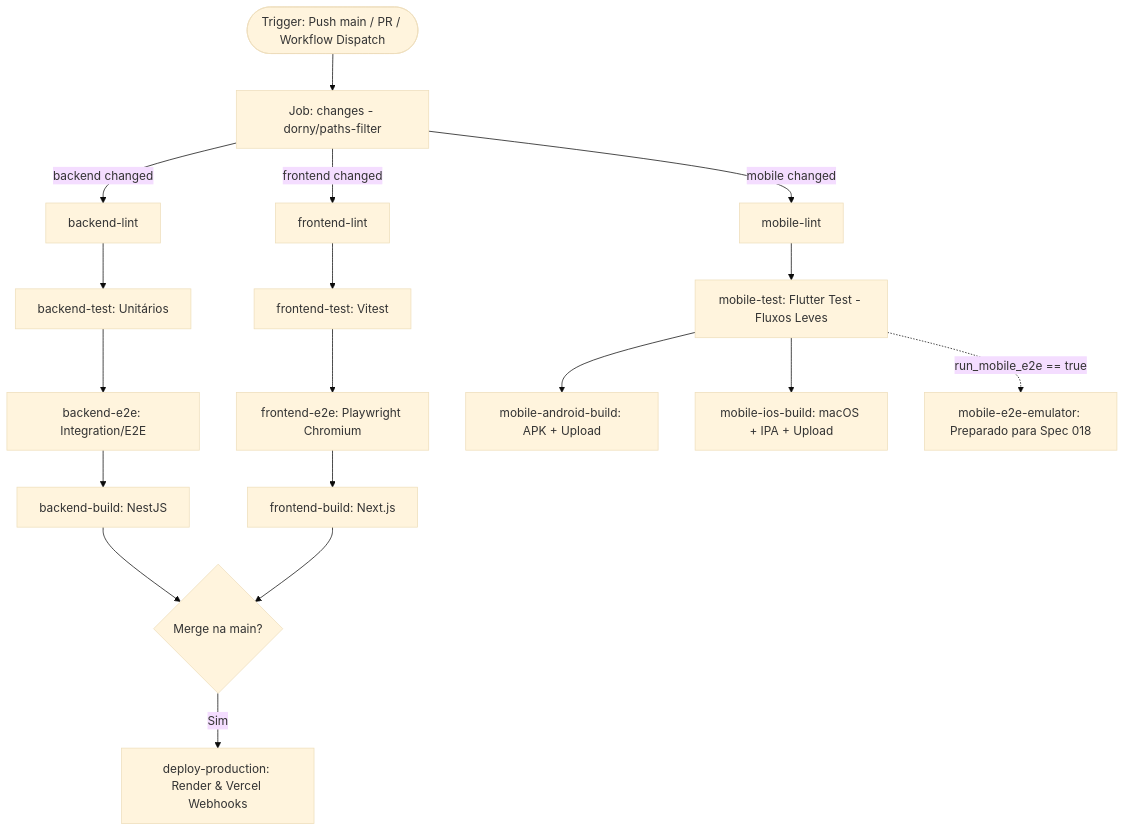
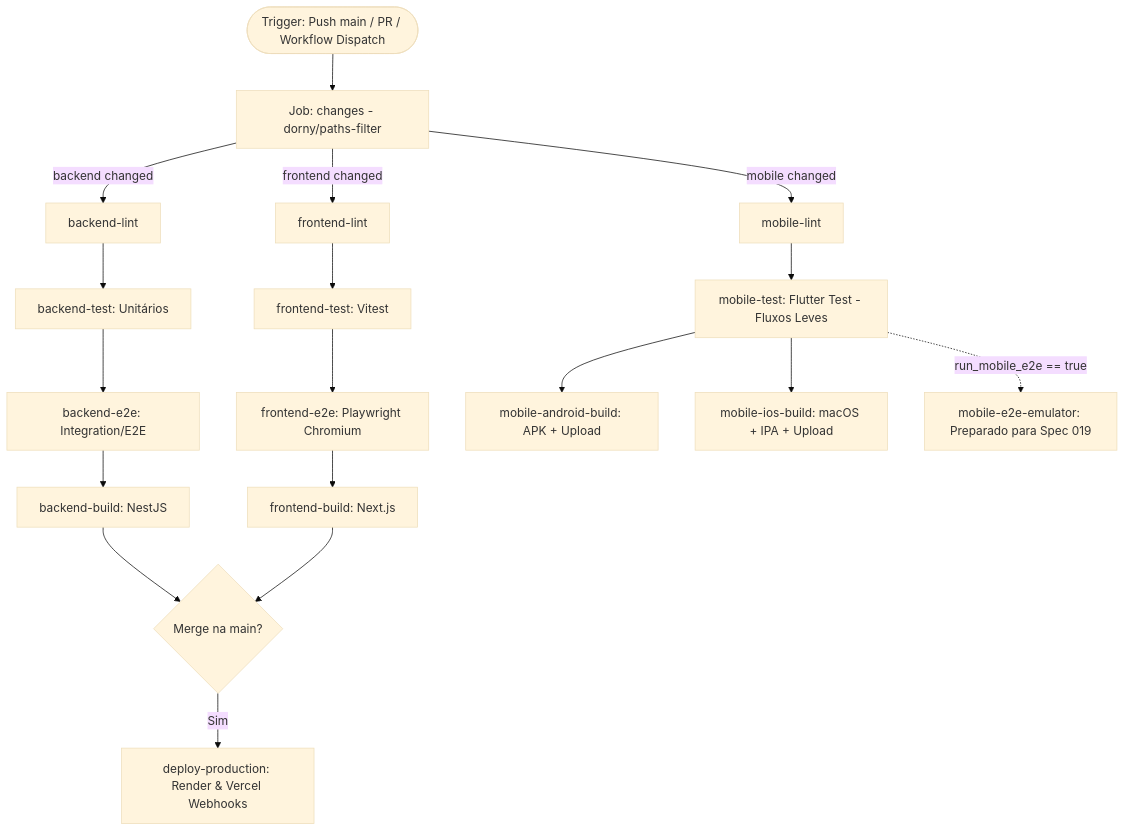
The diagram in specs/017-pipeline-cicd-unificado/plan.md (LucasDavid80/my-roadie-platform), drawn with Mermaid (base theme) before and after one commit. The commit also changed other lines of this file and 9 other files, not shown here.

````diff
--- a/specs/017-pipeline-cicd-unificado/plan.md
+++ b/specs/017-pipeline-cicd-unificado/plan.md
@@ -7,25 +7,25 @@
 ```mermaid
 flowchart TD
     Trigger([Trigger: Push main / PR / Workflow Dispatch]) --> Changes[Job: changes - dorny/paths-filter]
 
     Changes -->|backend changed| BackendLint[backend-lint]
     Changes -->|frontend changed| FrontendLint[frontend-lint]
     Changes -->|mobile changed| MobileLint[mobile-lint]
 
     BackendLint --> BackendTest[backend-test: Unitários]
     BackendTest --> BackendE2E[backend-e2e: Integration/E2E]
     BackendE2E --> BackendBuild[backend-build: NestJS]
 
     FrontendLint --> FrontendTest[frontend-test: Vitest]
     FrontendTest --> FrontendE2E[frontend-e2e: Playwright Chromium]
     FrontendE2E --> FrontendBuild[frontend-build: Next.js]
 
     MobileLint --> MobileTest[mobile-test: Flutter Test - Fluxos Leves]
     MobileTest --> MobileAndroidBuild[mobile-android-build: APK + Upload]
     MobileTest --> MobileIosBuild[mobile-ios-build: macOS + IPA + Upload]
-    MobileTest -.->|run_mobile_e2e == true| MobileEmulatorE2E[mobile-e2e-emulator: Preparado para Spec 018]
+    MobileTest -.->|run_mobile_e2e == true| MobileEmulatorE2E[mobile-e2e-emulator: Preparado para Spec 019]
 
     BackendBuild --> DeployCheck{Merge na main?}
     FrontendBuild --> DeployCheck
     DeployCheck -->|Sim| DeployProd[deploy-production: Render & Vercel Webhooks]
 ```
````
